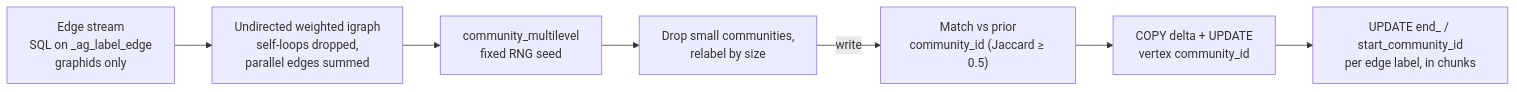
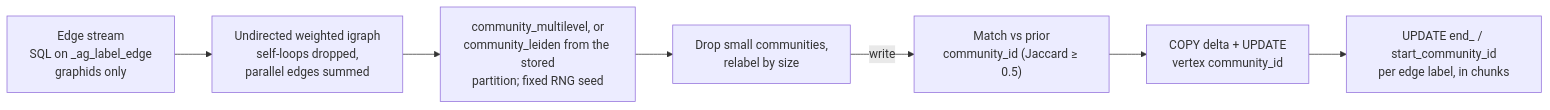
One commit to pomentum/graphos changed the third of 3 diagrams in docs/guide/concept.md. Above: the diagram before and after it, drawn with Mermaid. The commit also changed other lines of this file and 23 other files, not shown here.

First line of the commit message:
docs: name both community algorithms, compare Louvain and Leiden

````diff
--- a/docs/guide/concept.md
+++ b/docs/guide/concept.md
@@ -1421,11 +1421,11 @@
 ```mermaid
 flowchart LR
     A["Edge stream<br/>SQL on _ag_label_edge<br/>graphids only"]
     B["Undirected weighted igraph<br/>self-loops dropped,<br/>parallel edges summed"]
-    C["community_multilevel<br/>fixed RNG seed"]
+    C["community_multilevel, or<br/>community_leiden from the stored<br/>partition; fixed RNG seed"]
     D["Drop small communities,<br/>relabel by size"]
     E["Match vs prior<br/>community_id (Jaccard ≥ 0.5)"]
     F["COPY delta + UPDATE<br/>vertex community_id"]
     G["UPDATE end_ / start_community_id<br/>per edge label, in chunks"]
     A --> B --> C --> D -->|"write"| E --> F --> G
 ```
````
